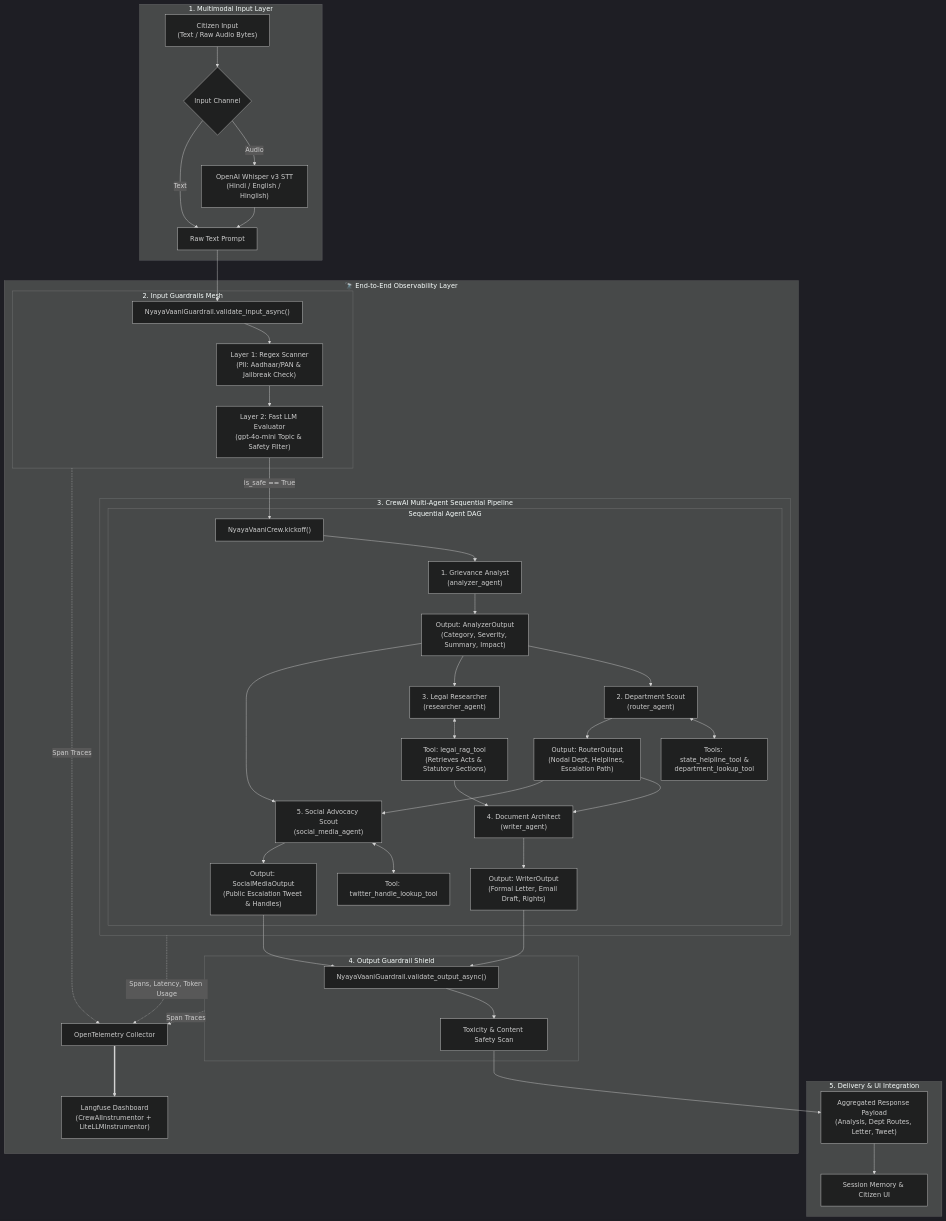
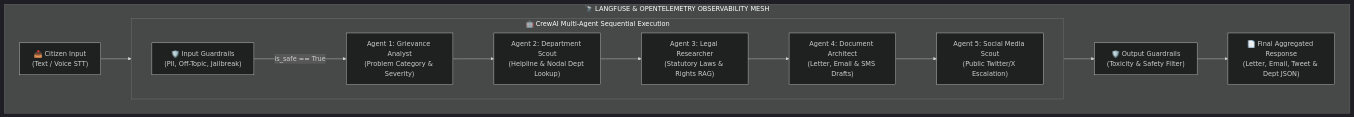
The first of 2 diagrams in README.md (amitkarmakar07/NyayaVaani), drawn with Mermaid (dark theme) before and after one commit. The commit also changed other lines of this file, not shown here.

Commit message:
Docs: Update README.md with high-level horizontal component architecture diagrams

````diff
--- a/README.md
+++ b/README.md
@@ -68,55 +68,20 @@
 ```mermaid
-flowchart TD
-    subgraph InputLayer ["1. Multimodal Input Layer"]
-        A["Citizen Input\n(Text / Raw Audio Bytes)"] --> B{"Input Channel"}
-        B -- Audio --> C["OpenAI Whisper v3 STT\n(Hindi / English / Hinglish)"]
-        B -- Text --> D["Raw Text Prompt"]
-        C --> D
-    end
+graph LR
+    subgraph ObservabilityMesh ["🔭 LANGFUSE & OPENTELEMETRY OBSERVABILITY MESH"]
+        direction LR
 
-    subgraph InputGuardrailLayer ["2. Input Guardrails Mesh"]
-        D --> E["NyayaVaaniGuardrail.validate_input_async()"]
-        E --> E1["Layer 1: Regex Scanner\n(PII: Aadhaar/PAN & Jailbreak Check)"]
-        E1 --> E2["Layer 2: Fast LLM Evaluator\n(gpt-4o-mini Topic & Safety Filter)"]
-    end
+        IN["📥 Citizen Input\n(Text / Voice STT)"] --> IG["🛡️ Input Guardrails\n(PII, Off-Topic, Jailbreak)"]
 
-    subgraph CrewAgenticPipeline ["3. CrewAI Multi-Agent Sequential Pipeline"]
-        E2 -- "is_safe == True" --> F["NyayaVaaniCrew.kickoff()"]
+        subgraph CrewAgents ["🤖 CrewAI Multi-Agent Sequential Execution"]
+            direction LR
+            IG -- "is_safe == True" --> A1["Agent 1: Grievance Analyst\n(Problem Category & Severity)"]
+            A1 --> A2["Agent 2: Department Scout\n(Helpline & Nodal Dept Lookup)"]
+            A2 --> A3["Agent 3: Legal Researcher\n(Statutory Laws & Rights RAG)"]
+            A3 --> A4["Agent 4: Document Architect\n(Letter, Email & SMS Drafts)"]
+            A4 --> A5["Agent 5: Social Media Scout\n(Public Twitter/X Escalation)"]
+        end
 
-        subgraph SequentialAgents ["Sequential Agent DAG"]
-            F --> G["1. Grievance Analyst\n(analyzer_agent)"]
-            G --> G_Out["Output: AnalyzerOutput\n(Category, Severity, Summary, Impact)"]
-            
-            G_Out --> H["2. Department Scout\n(router_agent)"]
-            H <--> H_Tools["Tools: state_helpline_tool &\ndepartment_lookup_tool"]
-            H --> H_Out["Output: RouterOutput\n(Nodal Dept, Helplines, Escalation Path)"]
-
-            G_Out --> I["3. Legal Researcher\n(researcher_agent)"]
-            I <--> I_Tools["Tool: legal_rag_tool\n(Retrieves Acts & Statutory Sections)"]
-            
-            H_Out & I_Tools --> J["4. Document Architect\n(writer_agent)"]
-            J --> J_Out["Output: WriterOutput\n(Formal Letter, Email Draft, Rights)"]
-
-            G_Out & H_Out --> K["5. Social Advocacy Scout\n(social_media_agent)"]
-            K <--> K_Tools["Tool: twitter_handle_lookup_tool"]
-            K --> K_Out["Output: SocialMediaOutput\n(Public Escalation Tweet & Handles)"]
-        end
-    end
-
-    subgraph OutputGuardrailLayer ["4. Output Guardrail Shield"]
-        J_Out & K_Out --> L["NyayaVaaniGuardrail.validate_output_async()"]
-        L --> L1["Toxicity & Content Safety Scan"]
-    end
-
-    subgraph FinalOutputLayer ["5. Delivery & UI Integration"]
-        L1 --> M["Aggregated Response Payload\n(Analysis, Dept Routes, Letter, Tweet)"]
-        M --> N["Session Memory & Citizen UI"]
-    end
-
-    subgraph ObservabilityMesh ["🔭 End-to-End Observability Layer"]
-        CrewAgenticPipeline -. "Spans, Latency, Token Usage" .-> OTLP["OpenTelemetry Collector"]
-        InputGuardrailLayer -. "Span Traces" .-> OTLP
-        OutputGuardrailLayer -. "Span Traces" .-> OTLP
-        OTLP ==> LF["Langfuse Dashboard\n(CrewAIInstrumentor + LiteLLMInstrumentor)"]
+        A5 --> OG["🛡️ Output Guardrails\n(Toxicity & Safety Filter)"]
+        OG --> OUT["📄 Final Aggregated Response\n(Letter, Email, Tweet & Dept JSON)"]
     end
 ```
````
